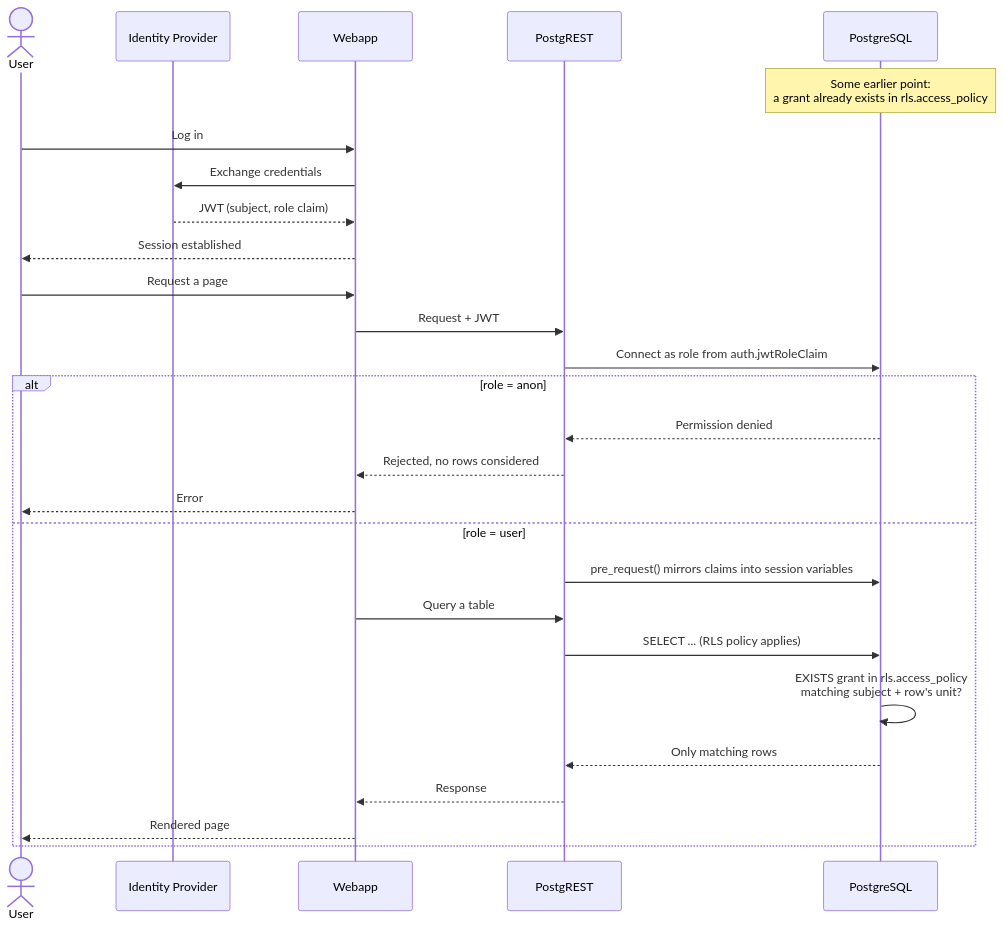
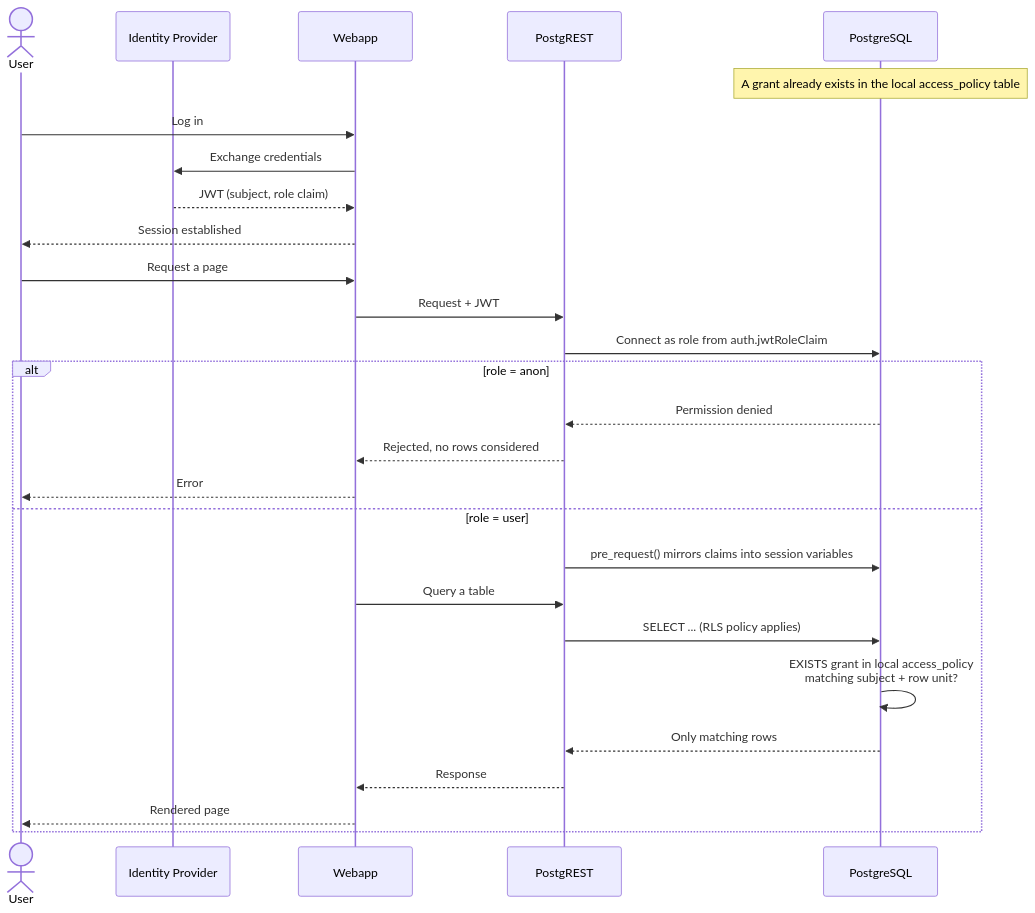
Before and after one commit to prefeitura-rio/data-proxy: the diagram in docs/security.md, drawn with Mermaid. The commit also changed other lines of this file and 54 other files, not shown here.

Commit message:
feat: add schema-aware database HA

````diff
--- a/docs/security.md
+++ b/docs/security.md
@@ -92,32 +91,32 @@
 ```mermaid
 sequenceDiagram
     actor U as User
     participant IDP as Identity Provider
     participant WEB as Webapp
     participant PGRST as PostgREST
     participant PG as PostgreSQL
 
-    Note over PG: Some earlier point:<br/>a grant already exists in rls.access_policy
+    Note over PG: A grant already exists in the local access_policy table
 
     U->>WEB: Log in
     WEB->>IDP: Exchange credentials
     IDP-->>WEB: JWT (subject, role claim)
     WEB-->>U: Session established
 
     U->>WEB: Request a page
     WEB->>PGRST: Request + JWT
     PGRST->>PG: Connect as role from auth.jwtRoleClaim
     alt role = anon
         PG-->>PGRST: Permission denied
         PGRST-->>WEB: Rejected, no rows considered
         WEB-->>U: Error
     else role = user
         PGRST->>PG: pre_request() mirrors claims into session variables
         WEB->>PGRST: Query a table
         PGRST->>PG: SELECT ... (RLS policy applies)
-        PG->>PG: EXISTS grant in rls.access_policy<br/>matching subject + row's unit?
+        PG->>PG: EXISTS grant in local access_policy<br/>matching subject + row unit?
         PG-->>PGRST: Only matching rows
         PGRST-->>WEB: Response
         WEB-->>U: Rendered page
     end
 ```
````
